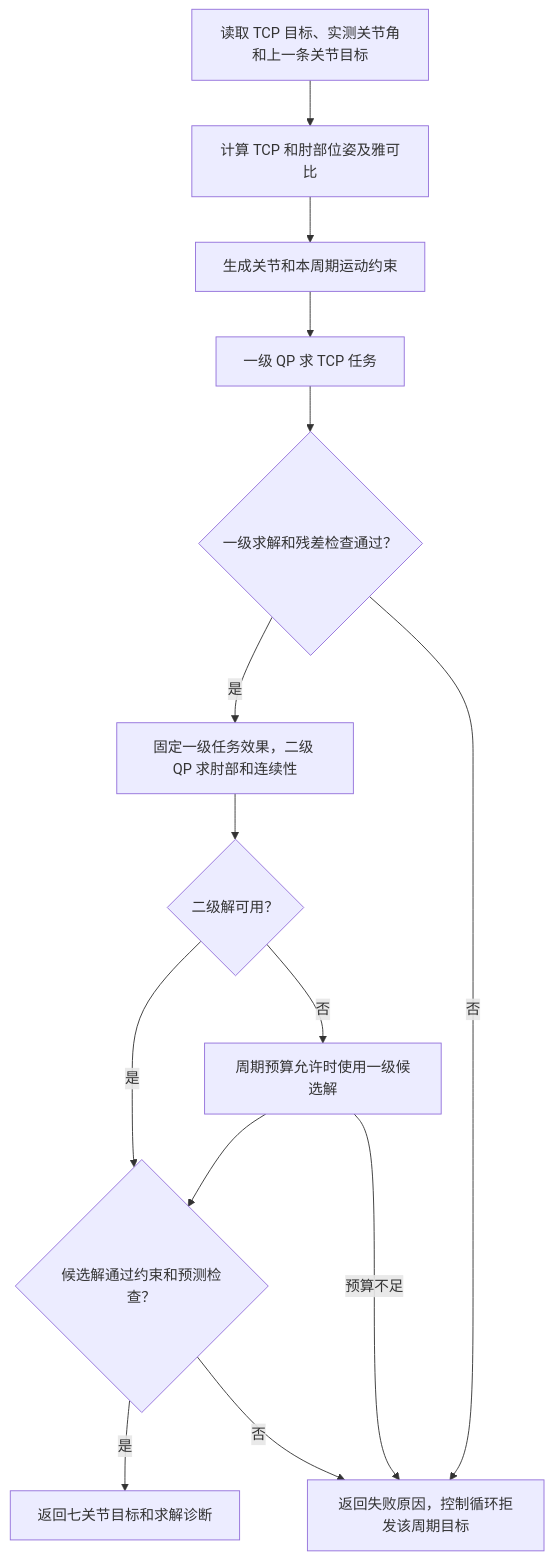
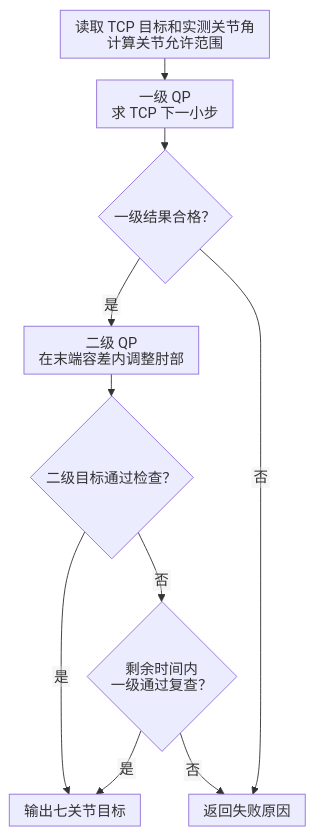
One commit to YYxzz8866/Quest-Proposal changed the diagram in 6、笛卡尔映射及轴部优化.md. Above: the diagram before and after it, drawn with Mermaid. The commit also changed other lines of this file and 9 other files, not shown here.

````diff
--- a/6、笛卡尔映射及轴部优化.md
+++ b/6、笛卡尔映射及轴部优化.md
@@ -7,23 +84,20 @@
 ```mermaid
+%%{init: {"htmlLabels": false, "flowchart": {"htmlLabels": false, "useMaxWidth": true, "nodeSpacing": 16, "rankSpacing": 24, "padding": 8}}}%%
 flowchart TD
-    Read["读取 TCP 目标、实测关节角和上一条关节目标"]
-    Kinematics["计算 TCP 和肘部位姿及雅可比"]
-    Bounds["生成关节和本周期运动约束"]
-    Primary["一级 QP 求 TCP 任务"]
-    PrimaryOk{"一级求解和残差检查通过？"}
-    Secondary["固定一级任务效果，二级 QP 求肘部和连续性"]
-    SecondaryOk{"二级解可用？"}
-    Fallback["周期预算允许时使用一级候选解"]
-    Check{"候选解通过约束和预测检查？"}
-    Output["返回七关节目标和求解诊断"]
-    Fail["返回失败原因，控制循环拒发该周期目标"]
+    Input["读取 TCP 目标和实测关节角<br/>计算关节允许范围"]
+    Primary["一级 QP<br/>求 TCP 下一小步"]
+    PrimaryOk{"一级结果合格？"}
+    Secondary["二级 QP<br/>在末端容差内调整肘部"]
+    SecondaryOk{"二级目标通过检查？"}
+    Fallback{"剩余时间内<br/>一级通过复查？"}
+    Send["输出七关节目标"]
+    Skip["返回失败原因"]
 
-    Read --> Kinematics --> Bounds --> Primary --> PrimaryOk
+    Input --> Primary --> PrimaryOk
     PrimaryOk -->|是| Secondary --> SecondaryOk
-    PrimaryOk -->|否| Fail
-    SecondaryOk -->|是| Check
-    SecondaryOk -->|否| Fallback --> Check
-    Fallback -->|预算不足| Fail
-    Check -->|是| Output
-    Check -->|否| Fail
+    PrimaryOk -->|否| Skip
+    SecondaryOk -->|是| Send
+    SecondaryOk -->|否| Fallback
+    Fallback -->|是| Send
+    Fallback -->|否| Skip
 ```
````
